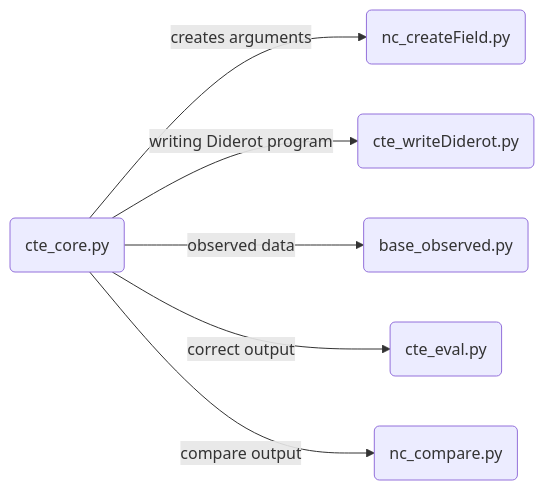
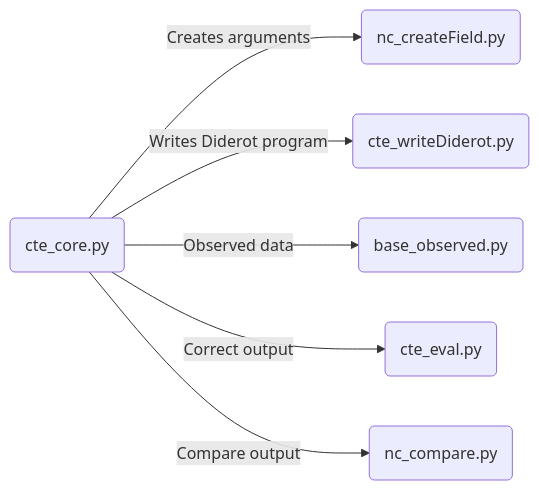
The third of 3 diagrams in tool_DATm/readme.md (cchiw/Diderot-Dev-Examples), drawn with Mermaid before and after one commit. The commit also changed other lines of this file and 39 other files, not shown here.

````diff
--- a/tool_DATm/readme.md
+++ b/tool_DATm/readme.md
@@ -81,9 +84,8 @@
 ```mermaid
 graph LR
-CC(cte_core.py) -- creates arguments -->NF(nc_createField.py)
-CC-- writing Diderot program --> CW(cte_writeDiderot.py)
-CC -- observed data --> BO(base_observed.py)
-
-CC-- correct  output --> CE(cte_eval.py)
-CC-- compare  output --> NC(nc_compare.py)
+CC(cte_core.py) -- Creates arguments -->NF(nc_createField.py)
+CC-- Writes Diderot program --> CW(cte_writeDiderot.py)
+CC -- Observed data --> BO(base_observed.py)
+CC-- Correct  output --> CE(cte_eval.py)
+CC-- Compare  output --> NC(nc_compare.py)
 ```
````
